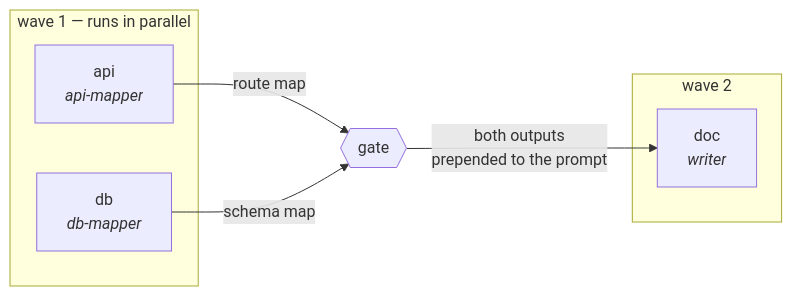
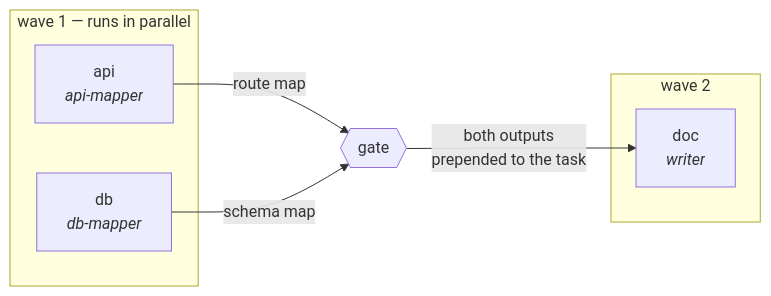
Before and after one commit to nqh-packages/arhen-pi-extensions: the first of 8 diagrams in packages/core/pi-core-subagent/README.md, drawn with Mermaid. The commit also changed other lines of this file and 2 other files, not shown here.

First line of the commit message:
fix(subagent): clarify required task in tool contract

````diff
--- a/packages/core/pi-core-subagent/README.md
+++ b/packages/core/pi-core-subagent/README.md
@@ -27,14 +27,14 @@
 ```mermaid
 flowchart LR
     subgraph w1["wave 1 — runs in parallel"]
         api["api<br/><i>api-mapper</i>"]
         db["db<br/><i>db-mapper</i>"]
     end
     gate{{"gate"}}
     subgraph w2["wave 2"]
         doc["doc<br/><i>writer</i>"]
     end
     api -- "route map" --> gate
     db -- "schema map" --> gate
-    gate -- "both outputs<br/>prepended to the prompt" --> doc
+    gate -- "both outputs<br/>prepended to the task" --> doc
 ```
````
